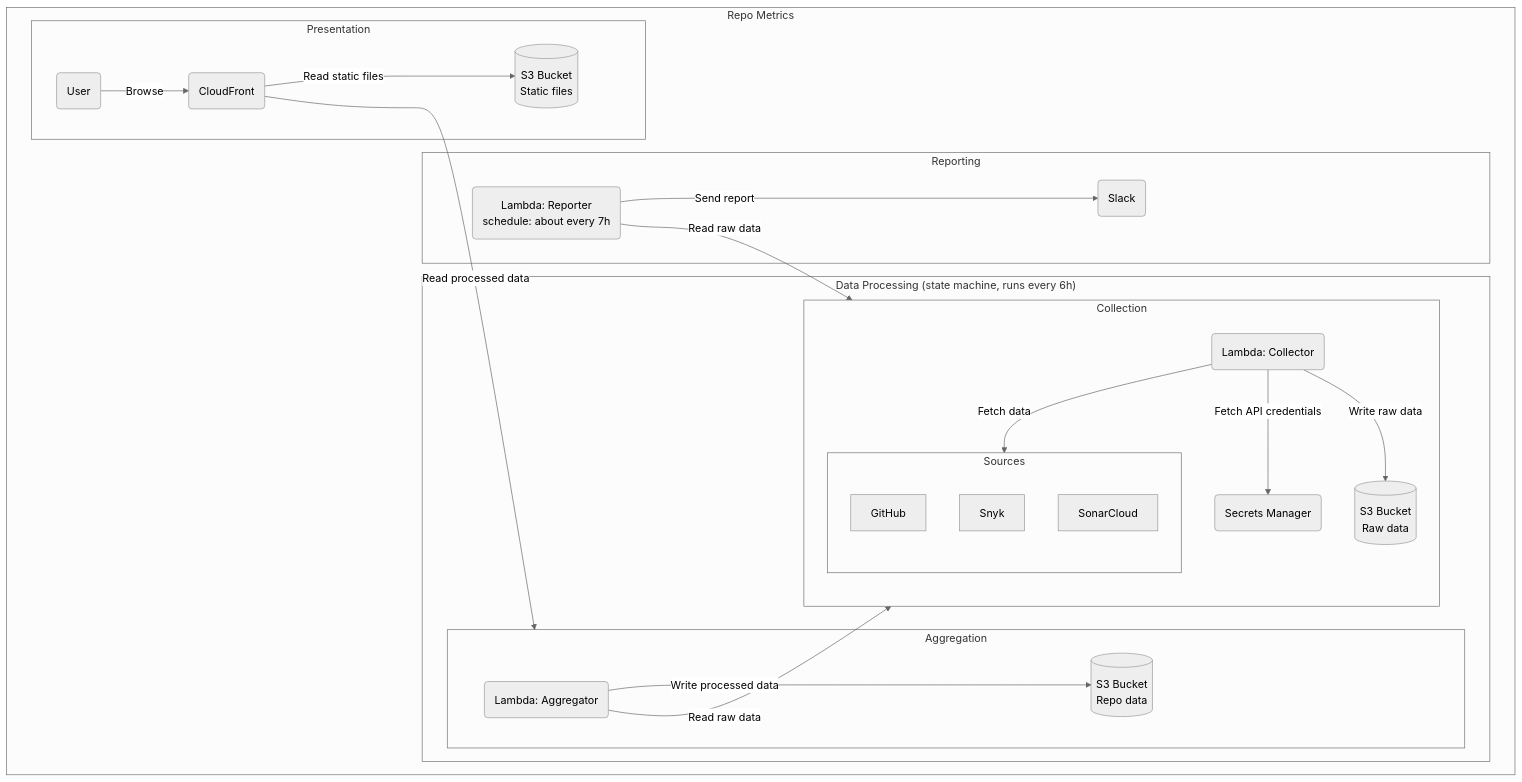
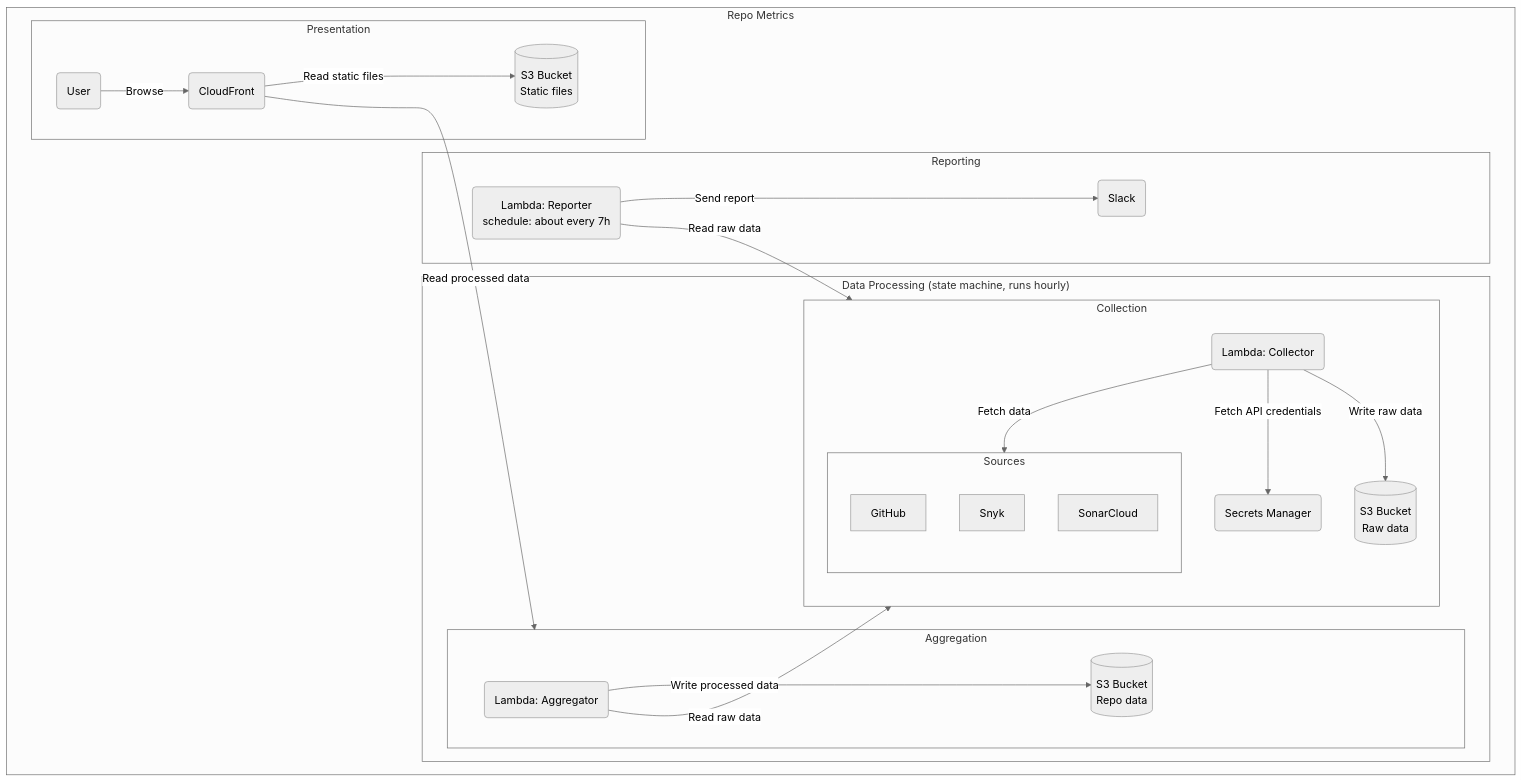
One commit to capralifecycle/liflig-repo-metrics changed the diagram in README.md. Above: the diagram before and after it, drawn with Mermaid. The commit also changed 3 other files, not shown here.

````diff
--- a/README.md
+++ b/README.md
@@ -16,48 +16,48 @@
 ```mermaid
 %%{init: {'theme':'neutral'}}%%
 graph TB
 subgraph Repo Metrics
 
   subgraph Sources
     GitHub
     Snyk
     SonarCloud
   end
 
-  subgraph "Data Processing (state machine, runs every 6h)"
+  subgraph "Data Processing (state machine, runs hourly)"
     subgraph Collection
       collector(Lambda: Collector)
       secrets(Secrets Manager)
       raw_data[(S3 Bucket</br>Raw data)]
       collector -- Fetch API credentials --> secrets
       collector -- Fetch data --> Sources
       collector -- Write raw data --> raw_data
     end
 
     subgraph Aggregation
       aggregator(Lambda: Aggregator)
       processed_data[(S3 Bucket</br>Repo data)]
       aggregator -- Write processed data --> processed_data
     end
   end
 
   subgraph Reporting
     report(Lambda: Reporter</br>schedule: about every 7h)
     chat(Slack)
     report -- Send report --> chat
   end
 
   subgraph Presentation
     cf(CloudFront)
     static_files[(S3 Bucket</br>Static files)]
     user(User)
     cf -- Read static files --> static_files
     user -- Browse --> cf
   end
 
   aggregator -- Read raw data --> Collection
   report -- Read raw data --> Collection
   cf -- Read processed data --> Aggregation
 
 end
 ```
````
